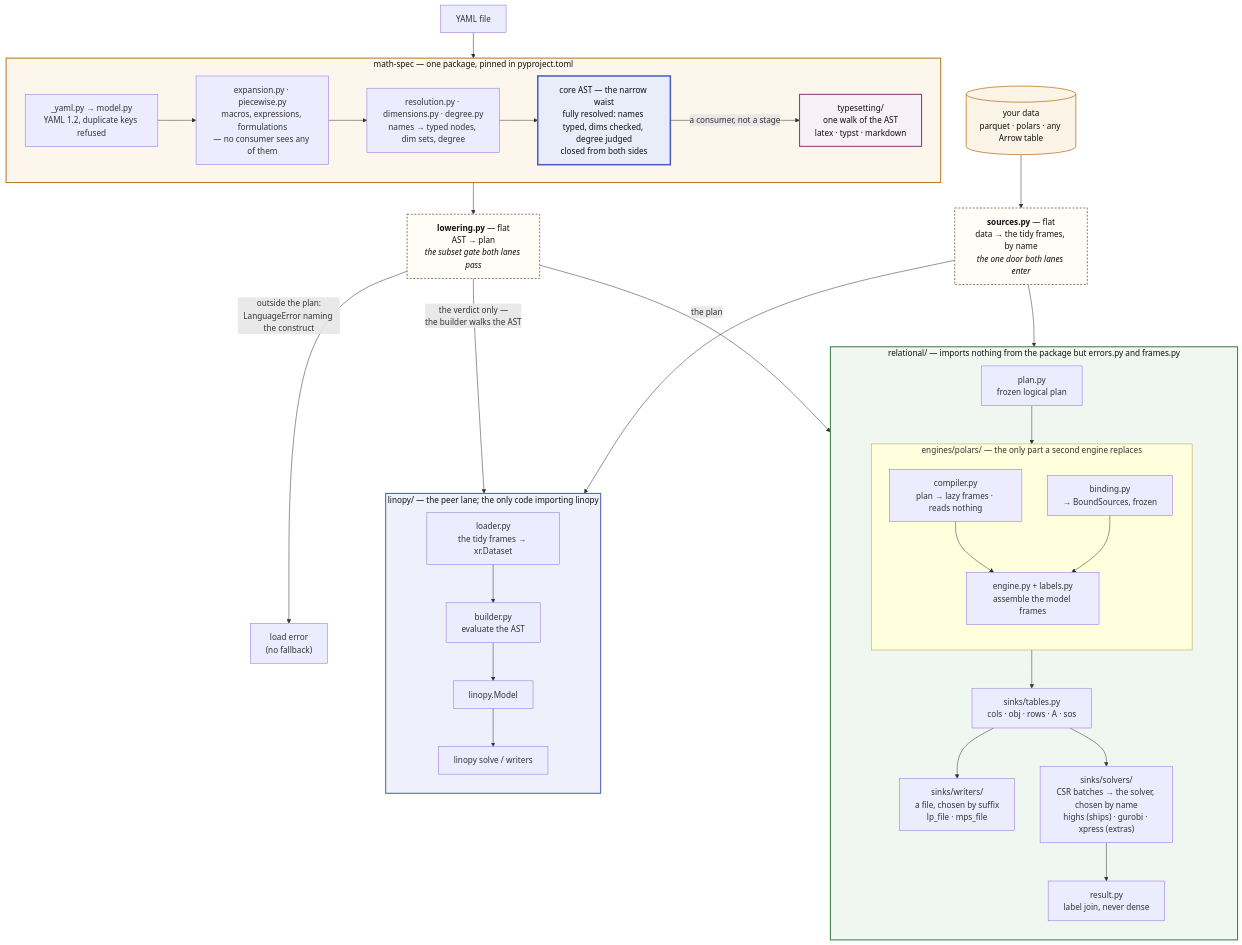
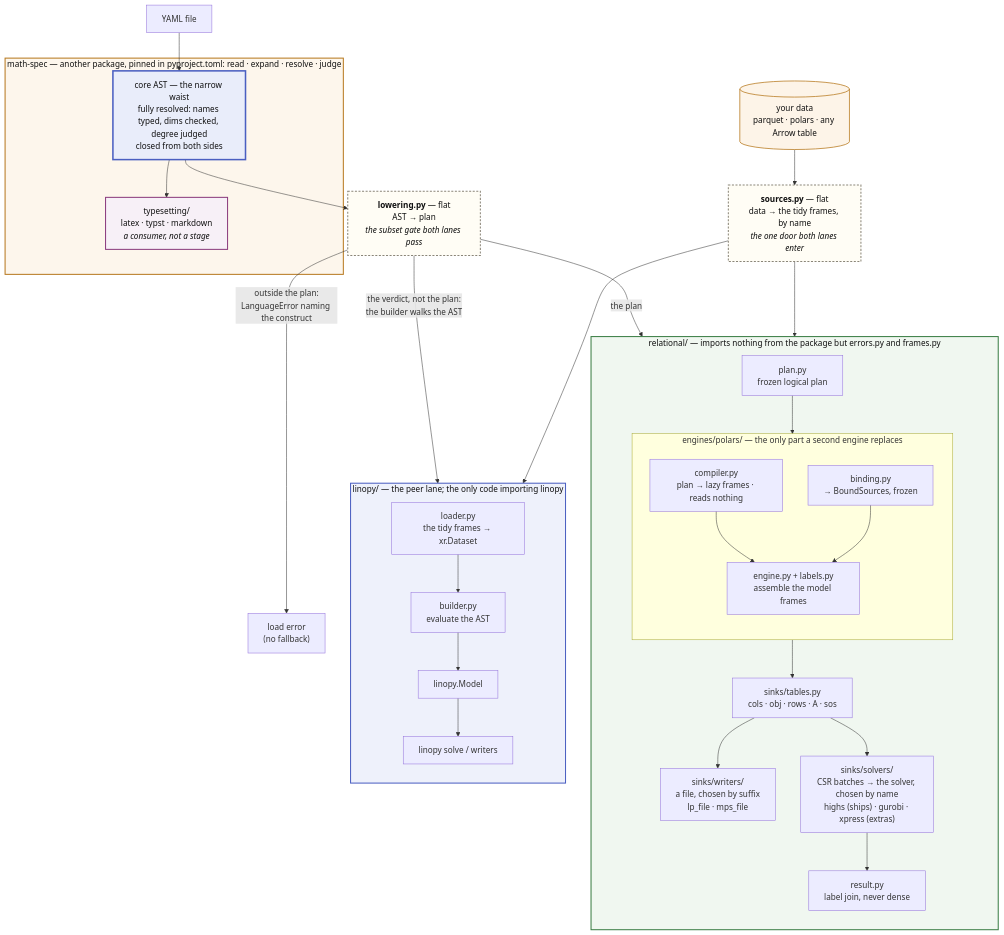
The first of 2 diagrams in docs/about/architecture.md (FBumann/linopy-yaml), drawn with Mermaid before and after one commit. The commit also changed other lines of this file, not shown here.

Commit message:
docs(architecture): the drawing names math-spec's passes instead of redrawing them

````diff
--- a/docs/about/architecture.md
+++ b/docs/about/architecture.md
@@ -68,60 +72,58 @@
 ```mermaid
 flowchart TB
-    Y[YAML file] --> SCHEMA
+    Y[YAML file] --> AST
     DATA[("your data<br/>parquet · polars · any Arrow table")] --> SRC
 
-    subgraph MS["math-spec — one package, pinned in pyproject.toml"]
-        direction LR
-        SCHEMA["_yaml.py → model.py<br/>YAML 1.2, duplicate keys refused"]
-        SCHEMA --> EXPAND["expansion.py · piecewise.py<br/>macros, expressions, formulations<br/>— no consumer sees any of them"]
-        EXPAND --> RESOLVE["resolution.py · dimensions.py · degree.py<br/>names → typed nodes, dim sets, degree"]
-        RESOLVE --> AST["core AST — the narrow waist<br/>fully resolved: names typed, dims checked, degree judged<br/>closed from both sides"]
-        AST -->|"a consumer, not a stage"| WALK["typesetting/<br/>one walk of the AST<br/>latex · typst · markdown"]
+    subgraph MS["math-spec — another package, pinned in pyproject.toml: read · expand · resolve · judge"]
+        AST["core AST — the narrow waist<br/>fully resolved: names typed, dims checked, degree judged<br/>closed from both sides"]
+        AST --> TS["typesetting/<br/>latex · typst · markdown<br/><i>a consumer, not a stage</i>"]
     end
 
     AST --> LOWER
+    %% layout only: puts the two seams on one rank
+    AST ~~~ SRC
 
     LOWER["<b>lowering.py</b> — flat<br/>AST → plan<br/><i>the subset gate both lanes pass</i>"]
     SRC["<b>sources.py</b> — flat<br/>data → the tidy frames, by name<br/><i>the one door both lanes enter</i>"]
 
+    LOWER -->|"outside the plan:<br/>LanguageError naming the construct"| ERR["load error<br/>(no fallback)"]
     LOWER -->|"the plan"| PLAN
-    LOWER -->|"the verdict only —<br/>the builder walks the AST"| BUILD
     SRC --> BIND
+    LOWER -->|"the verdict, not the plan:<br/>the builder walks the AST"| BUILD
     SRC --> LOAD
-    LOWER -->|"outside the plan:<br/>LanguageError naming the construct"| ERR["load error<br/>(no fallback)"]
 
     subgraph REL["relational/ — imports nothing from the package but errors.py and frames.py"]
         direction TB
         PLAN["plan.py<br/>frozen logical plan"] --> ENG
         subgraph ENG["engines/polars/ — the only part a second engine replaces"]
             direction TB
             COMP["compiler.py<br/>plan → lazy frames · reads nothing"] --> ENGINE
             BIND["binding.py<br/>→ BoundSources, frozen"] --> ENGINE["engine.py + labels.py<br/>assemble the model frames"]
         end
         ENG --> TABLES["sinks/tables.py<br/>cols · obj · rows · A · sos"]
         TABLES --> LPS["sinks/writers/<br/>a file, chosen by suffix<br/>lp_file · mps_file"]
         TABLES --> DIRECT["sinks/solvers/<br/>CSR batches → the solver, chosen by name<br/>highs (ships) · gurobi · xpress (extras)"]
         DIRECT --> SOL["result.py<br/>label join, never dense"]
     end
 
     subgraph LIN["linopy/ — the peer lane; the only code importing linopy"]
         direction TB
         LOAD["loader.py<br/>the tidy frames → xr.Dataset"] --> BUILD["builder.py<br/>evaluate the AST"]
         BUILD --> MODEL[linopy.Model] --> SOLVE["linopy solve / writers"]
     end
 
     classDef laneL fill:#fdf6ec,stroke:#b7791f,stroke-width:2px,color:#111
     classDef laneR fill:#f0f7f0,stroke:#3a7d44,stroke-width:2px,color:#111
     classDef laneE fill:#eef1fb,stroke:#4a5fc1,stroke-width:2px,color:#111
     classDef laneT fill:#f7f0f7,stroke:#8b3a7d,stroke-width:2px,color:#111
     classDef waist fill:#e9edfa,stroke:#4a5fc1,stroke-width:3px,color:#111
     classDef flat fill:#fffdf5,stroke:#8a8578,stroke-width:2px,stroke-dasharray:4 3,color:#111
     classDef data fill:#fdf4e8,stroke:#b7791f,stroke-width:1.5px,color:#111
     class MS laneL
     class REL laneR
     class LIN laneE
-    class WALK laneT
+    class TS laneT
     class AST waist
     class LOWER,SRC flat
     class DATA data
 ```
````
